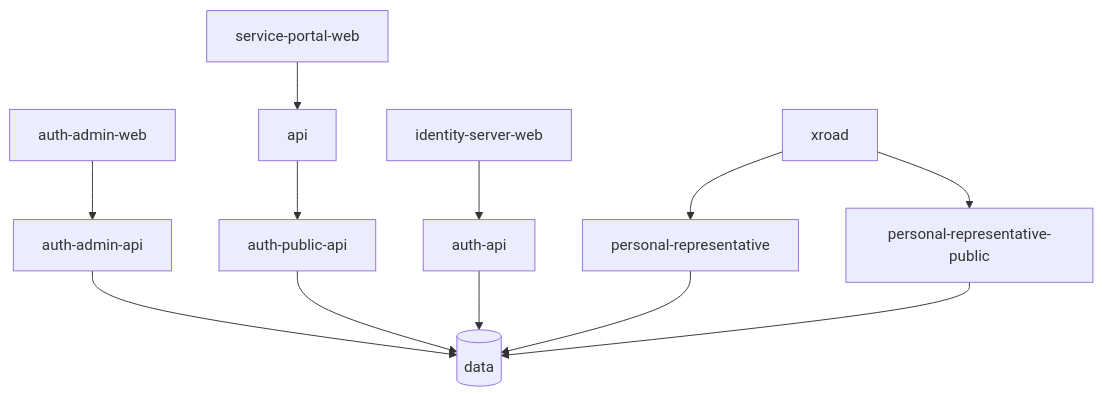
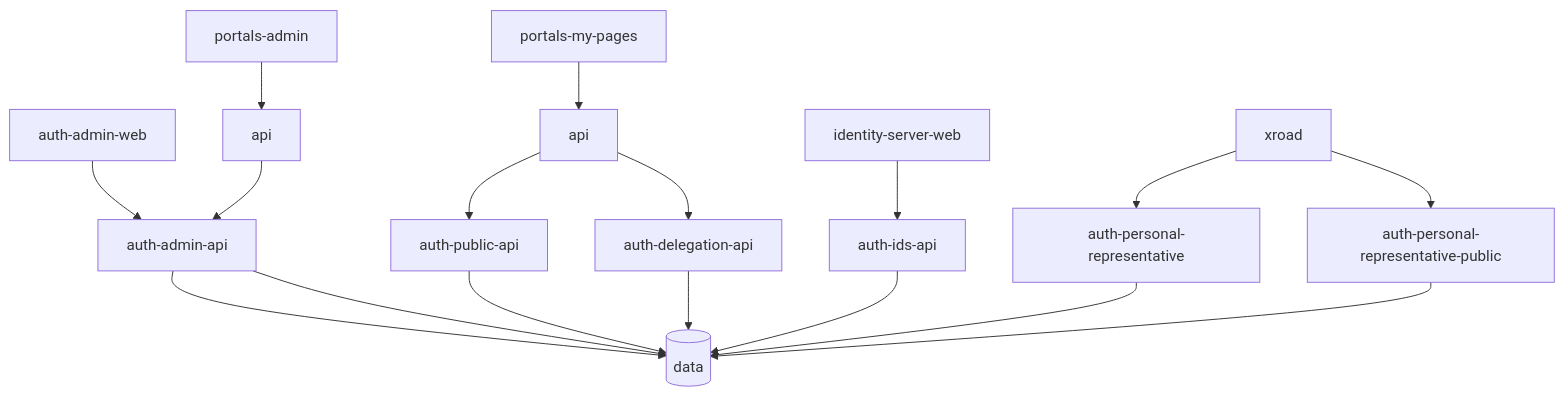
Before and after one commit to island-is/island.is: the diagram in apps/services/auth/README.md, drawn with Mermaid. The commit also changed other lines of this file and 1 other file, not shown here.

Commit message:
docs(auth): Update delegation API and system architecture docs
## What
- Update README for delegation API to reference My Pages
- Update auth system architecture diagram
- Adjust service and API descriptions

## Why
Improve documentation accuracy and clarity about the delegation system's components and usage across different portals and services

````diff
--- a/apps/services/auth/README.md
+++ b/apps/services/auth/README.md
@@ -5,8 +5,10 @@
 ```mermaid
 flowchart TD
     auth-admin-web --> auth-admin-api --> database[(data)]
-    service-portal-web --> api --> auth-public-api --> database
-    identity-server-web --> auth-api --> database
-    xroad --> personal-representative --> database
-    xroad --> personal-representative-public --> database
+    portals-admin --> api2[api] --> auth-admin-api --> database
+    portals-my-pages --> api --> auth-public-api --> database
+    api --> auth-delegation-api --> database
+    identity-server-web --> auth-ids-api --> database
+    xroad --> auth-personal-representative --> database
+    xroad --> auth-personal-representative-public --> database
 ```
````
